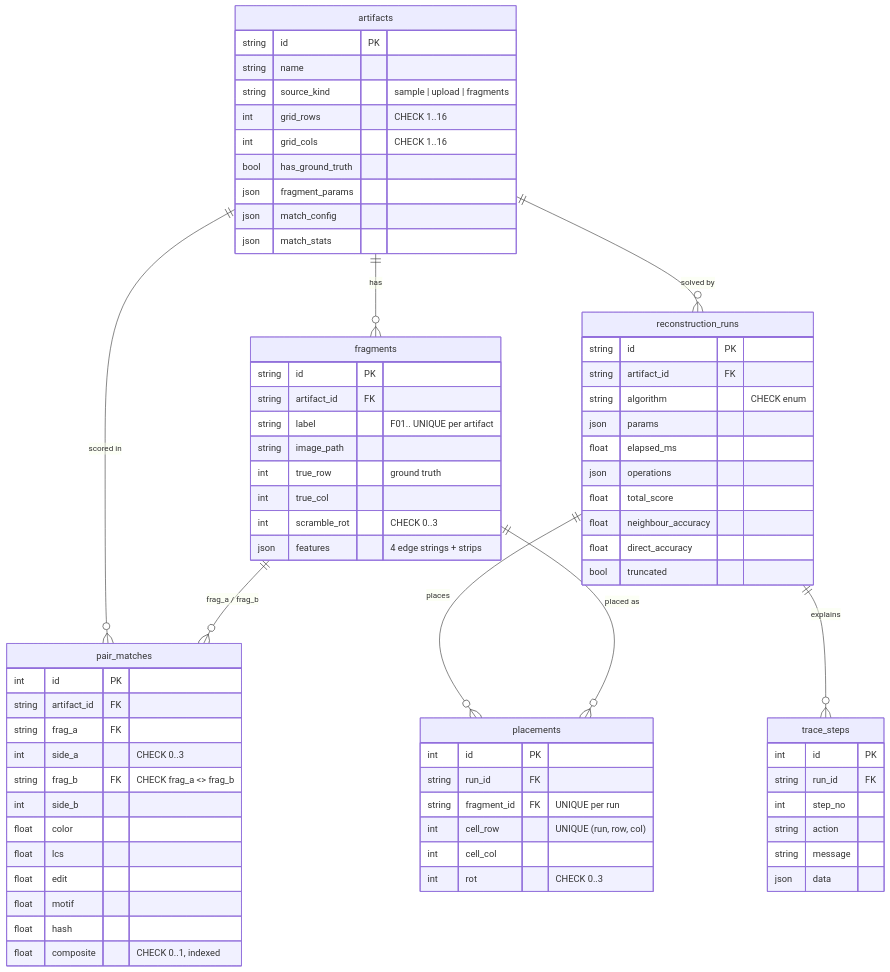
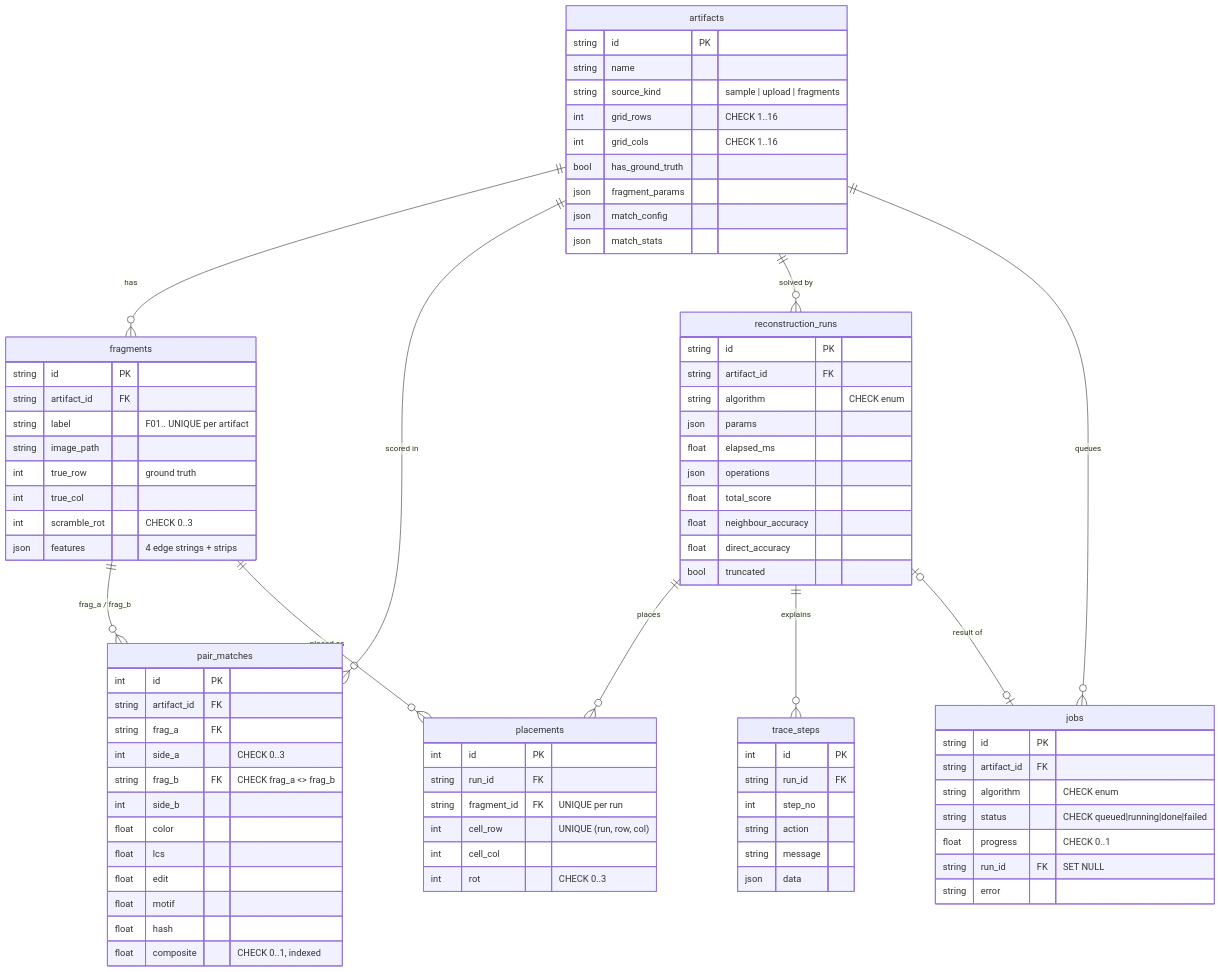
One commit to earth-bhumi22/relic-x changed the third of 3 diagrams in planning/ARCHITECTURE.md. Above: the diagram before and after it, drawn with Mermaid. The commit also changed other lines of this file and 18 other files, not shown here.

First line of the commit message:
T20 · Background solver jobs with live progress (CONTRACT §5.1) (#65)

```diff
--- a/planning/ARCHITECTURE.md
+++ b/planning/ARCHITECTURE.md
@@ -84,6 +84,8 @@
     fragments ||--o{ pair_matches : "frag_a / frag_b"
     reconstruction_runs ||--o{ placements : "places"
     reconstruction_runs ||--o{ trace_steps : "explains"
+    artifacts ||--o{ jobs : "queues"
+    reconstruction_runs |o--o| jobs : "result of"
     fragments ||--o{ placements : "placed as"
 
     artifacts {
@@ -141,6 +143,15 @@
         int cell_col
         int rot "CHECK 0..3"
     }
+    jobs {
+        string id PK
+        string artifact_id FK
+        string algorithm "CHECK enum"
+        string status "CHECK queued|running|done|failed"
+        float progress "CHECK 0..1"
+        string run_id FK "SET NULL"
+        string error
+    }
     trace_steps {
         int id PK
         string run_id FK
```
